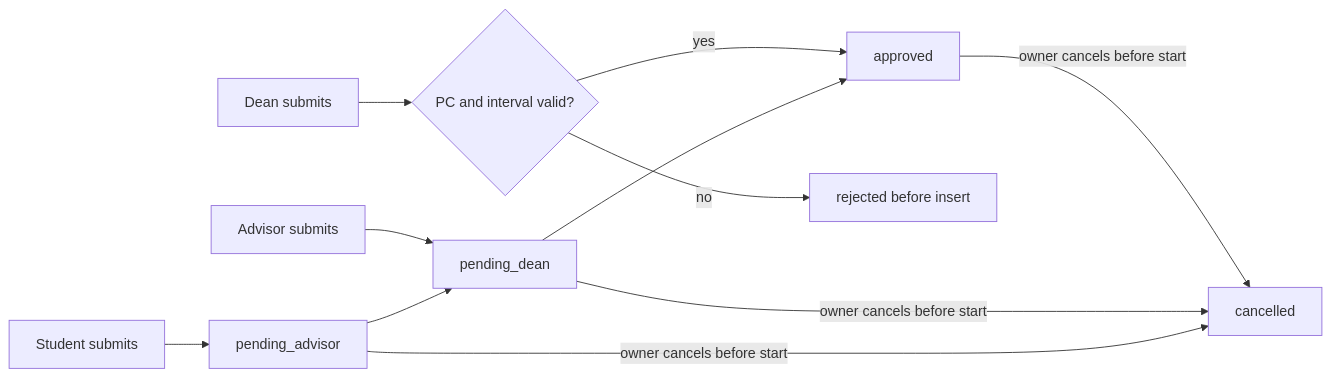
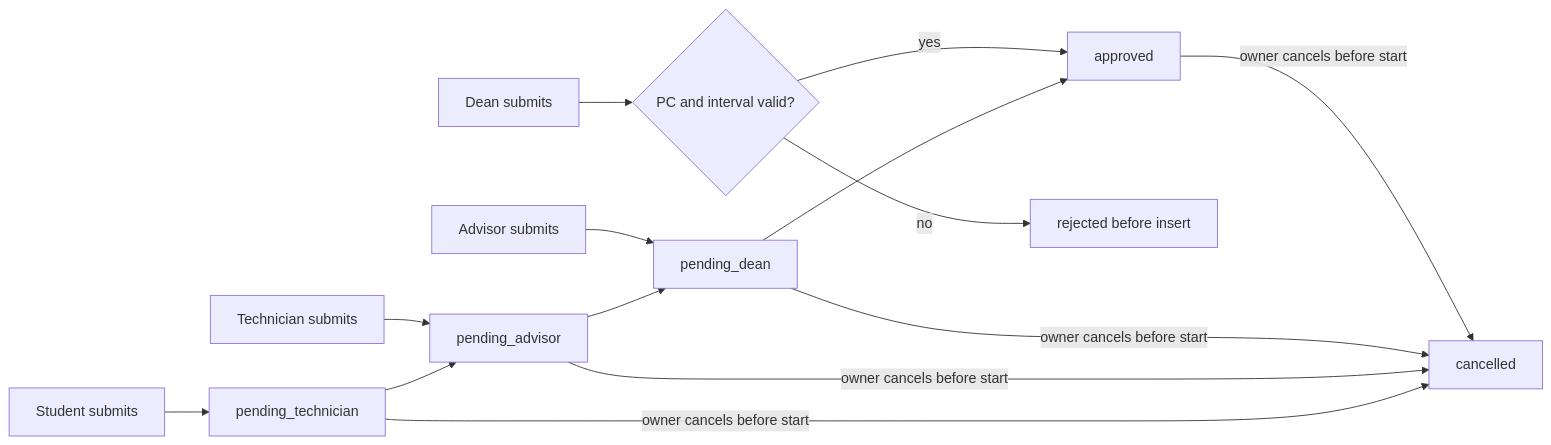
One commit to Leng201202/SE-Lab-Booking-System changed the third of 3 diagrams in .docs/02-design/diagrams/04-sequence-diagram-booking.md. Above: the diagram before and after it, drawn with Mermaid. The commit also changed other lines of this file and 35 other files, not shown here.

```diff
--- a/.docs/02-design/diagrams/04-sequence-diagram-booking.md
+++ b/.docs/02-design/diagrams/04-sequence-diagram-booking.md
@@ -74,13 +82,16 @@
 ~~~mermaid
 flowchart LR
-    S[Student submits] --> PA[pending_advisor]
+    S[Student submits] --> PT[pending_technician]
+    PT --> PA[pending_advisor]
+    T[Technician submits] --> PA
     PA --> PD[pending_dean]
     A[Advisor submits] --> PD
     PD --> OK[approved]
-    PA -->|owner cancels before start| C[cancelled]
+    PT -->|owner cancels before start| C[cancelled]
+    PA -->|owner cancels before start| C
     PD -->|owner cancels before start| C
     OK -->|owner cancels before start| C
     D[Dean submits] --> V{PC and interval valid?}
     V -->|yes| OK
     V -->|no| X[rejected before insert]
 ~~~
```
